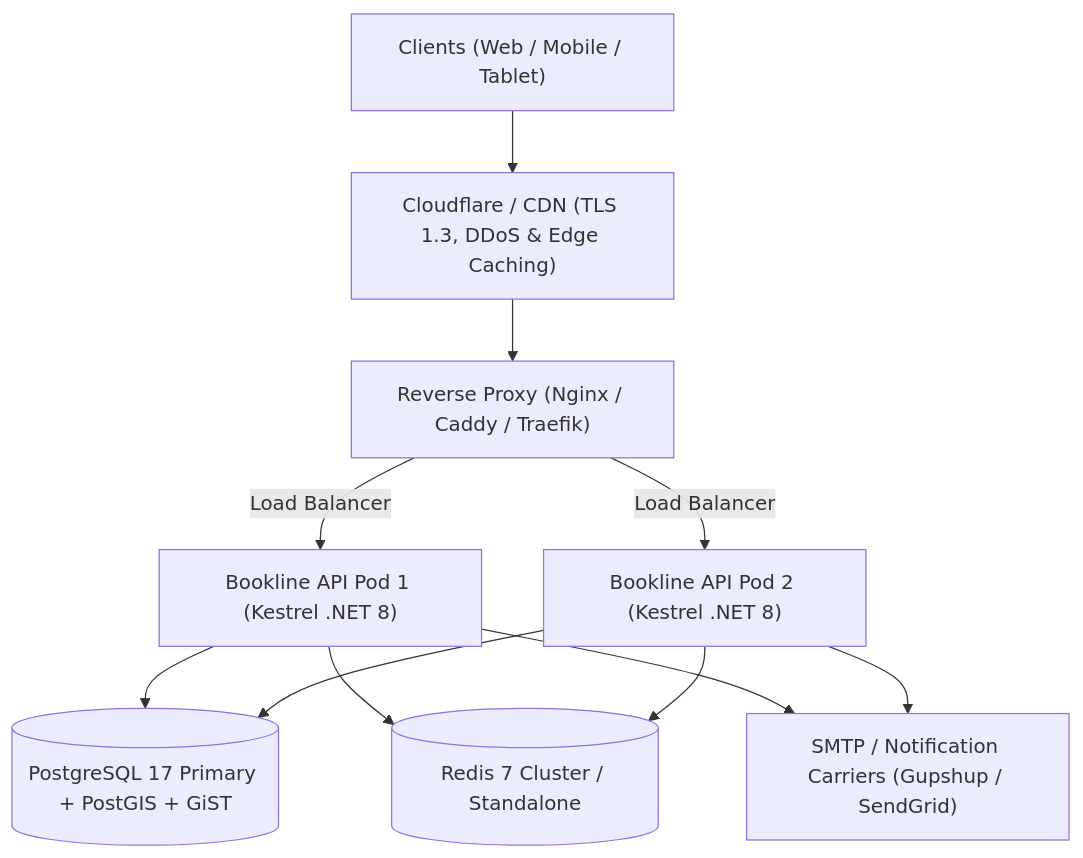
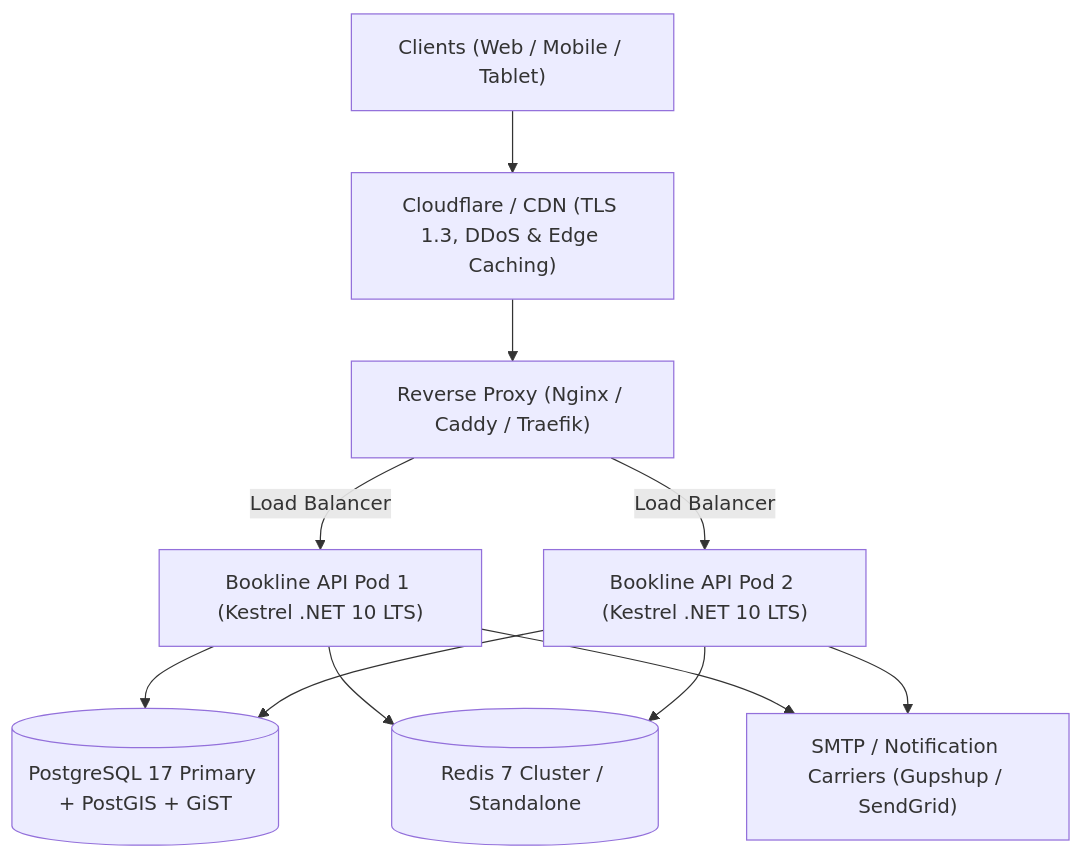
The diagram in docs/DEPLOYMENT_GUIDE.md (Shyam525/Bookline), drawn with Mermaid before and after one commit. The commit also changed other lines of this file and 56 other files, not shown here.

````diff
--- a/docs/DEPLOYMENT_GUIDE.md
+++ b/docs/DEPLOYMENT_GUIDE.md
@@ -9,22 +9,22 @@
 ```mermaid
 flowchart TD
     Client["Clients (Web / Mobile / Tablet)"]
     Cloudflare["Cloudflare / CDN (TLS 1.3, DDoS & Edge Caching)"]
     ReverseProxy["Reverse Proxy (Nginx / Caddy / Traefik)"]
-    AppInstance1["Bookline API Pod 1 (Kestrel .NET 8)"]
-    AppInstance2["Bookline API Pod 2 (Kestrel .NET 8)"]
+    AppInstance1["Bookline API Pod 1 (Kestrel .NET 10 LTS)"]
+    AppInstance2["Bookline API Pod 2 (Kestrel .NET 10 LTS)"]
     PostgreSQL[("PostgreSQL 17 Primary + PostGIS + GiST")]
     Redis[("Redis 7 Cluster / Standalone")]
     Mailpit["SMTP / Notification Carriers (Gupshup / SendGrid)"]
 
     Client --> Cloudflare
     Cloudflare --> ReverseProxy
     ReverseProxy -->|Load Balancer| AppInstance1
     ReverseProxy -->|Load Balancer| AppInstance2
     AppInstance1 --> PostgreSQL
     AppInstance1 --> Redis
     AppInstance1 --> Mailpit
     AppInstance2 --> PostgreSQL
     AppInstance2 --> Redis
     AppInstance2 --> Mailpit
 ```
````
